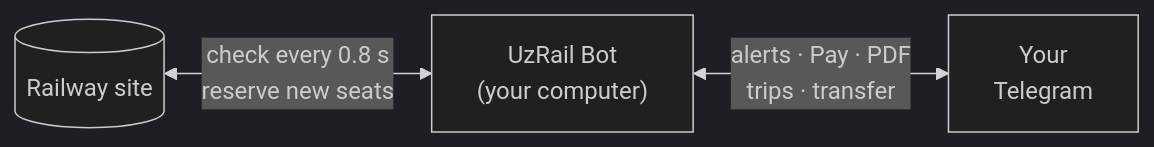
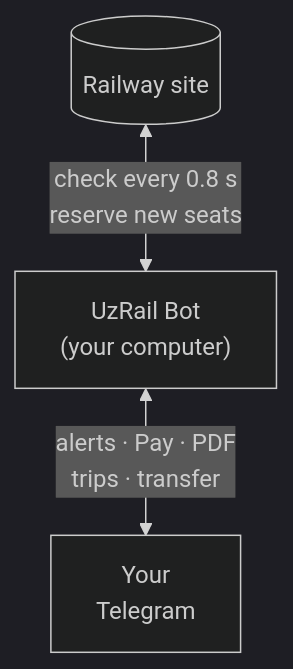
One commit to myrosama/uzrail-ticket-bot changed the diagram in README.md. Above: the diagram before and after it, drawn with Mermaid (dark theme).

Commit message:
README: vertical diagram (clear of GitHub's zoom controls)
Claude-Session: https://claude.ai/code/session_017e67tqp8iDUo9DZ3RftYEZ

````diff
--- a/README.md
+++ b/README.md
@@ -127,5 +127,5 @@
 ```mermaid
-flowchart LR
+flowchart TB
     R[("Railway site")] <-->|"check every 0.8 s<br/>reserve new seats"| B["UzRail Bot<br/>(your computer)"]
     B <-->|"alerts · Pay · PDF<br/>trips · transfer"| T["Your<br/>Telegram"]
 ```
````
